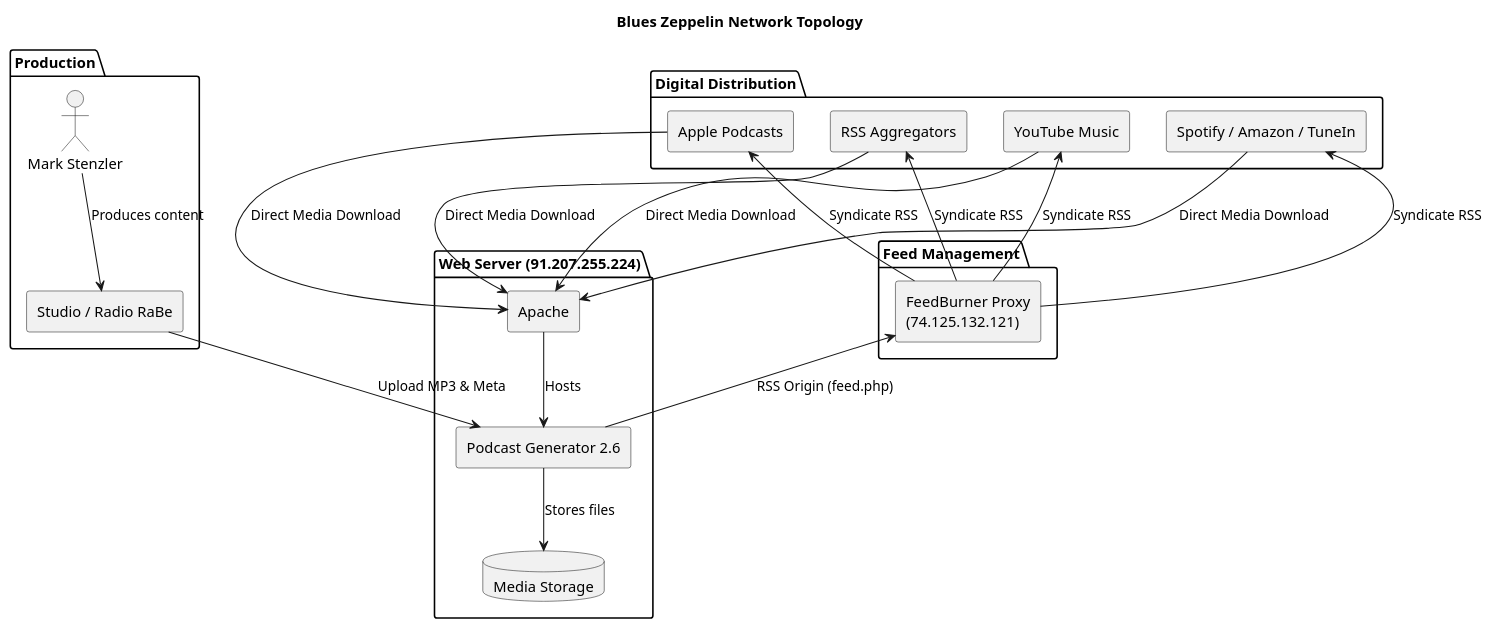
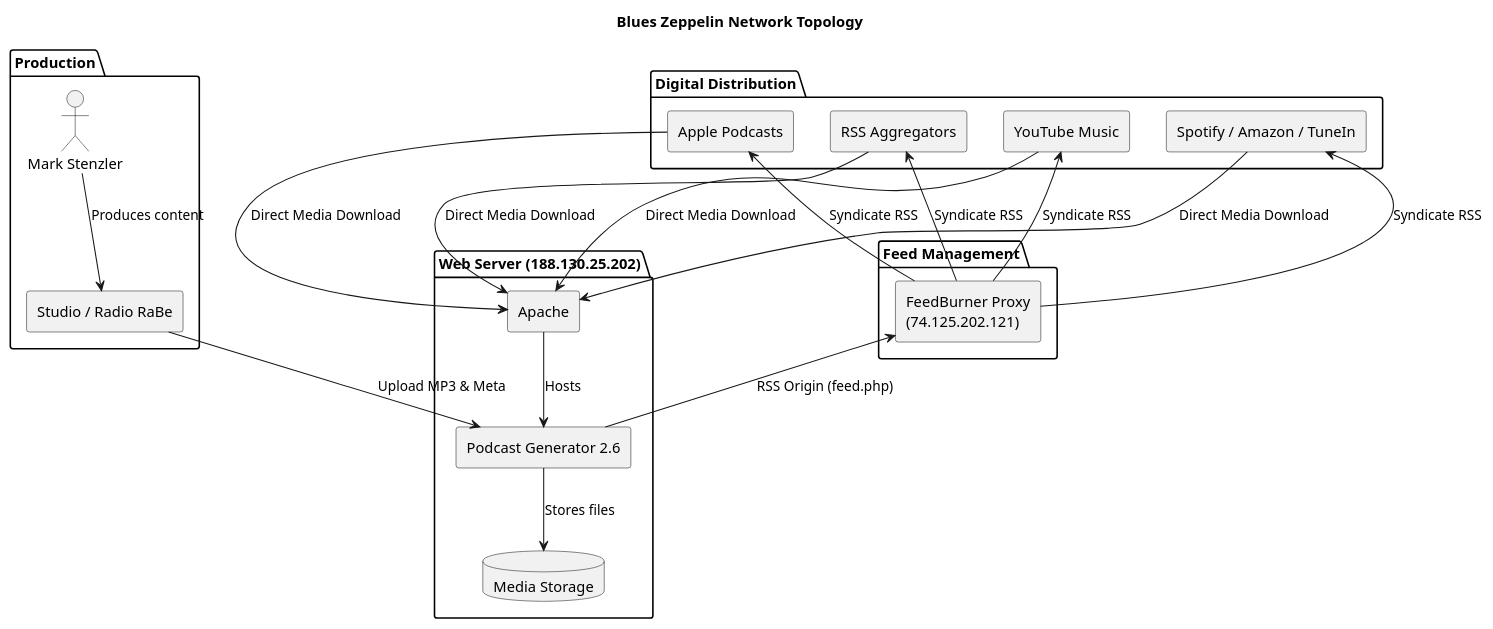
Before and after one commit to chatelao/blueszeppelin-architecture: the diagram in diagrams/topology.puml, drawn with PlantUML. The commit also changed 2 other files, not shown here.

Commit message:
Update platform logins and server network status
- Added 'Independent Login' requirement column to the Podcast Hubs table in README.md.
- Refreshed server IP addresses and port 80/443 availability statuses.
- Synchronized topology diagram with current server IPs and regenerated the embedded PlantUML link.
- Updated roadmap.md to reflect the completed tasks.

```diff
--- a/diagrams/topology.puml
+++ b/diagrams/topology.puml
@@ -1,44 +1,44 @@
 @startuml
 title Blues Zeppelin Network Topology
 
 skinparam componentStyle rectangle
 
 package "Production" {
     actor "Mark Stenzler" as Mark
     [Studio / Radio RaBe] as Studio
 }
 
-package "Web Server (91.207.255.224)" {
+package "Web Server (188.130.25.202)" {
     [Apache] as WebServer
     [Podcast Generator 2.6] as PodGen
     database "Media Storage" as Media
 }
 
 package "Feed Management" {
-    [FeedBurner Proxy\n(74.125.132.121)] as FB
+    [FeedBurner Proxy\n(74.125.202.121)] as FB
 }
 
 package "Digital Distribution" {
     [Apple Podcasts] as Apple
     [YouTube Music] as YouTube
     [Spotify / Amazon / TuneIn] as OtherHubs
     [RSS Aggregators] as RSS
 }
 
 Mark --> Studio : Produces content
 Studio --> PodGen : Upload MP3 & Meta
 PodGen -down-> Media : Stores files
 WebServer -down-> PodGen : Hosts
 
 PodGen -up-> FB : RSS Origin (feed.php)
 FB -up-> Apple : Syndicate RSS
 FB -up-> YouTube : Syndicate RSS
 FB -up-> OtherHubs : Syndicate RSS
 FB -up-> RSS : Syndicate RSS
 
 Apple -down-> WebServer : Direct Media Download
 YouTube -down-> WebServer : Direct Media Download
 OtherHubs -down-> WebServer : Direct Media Download
 RSS -down-> WebServer : Direct Media Download
 
 @enduml
```
